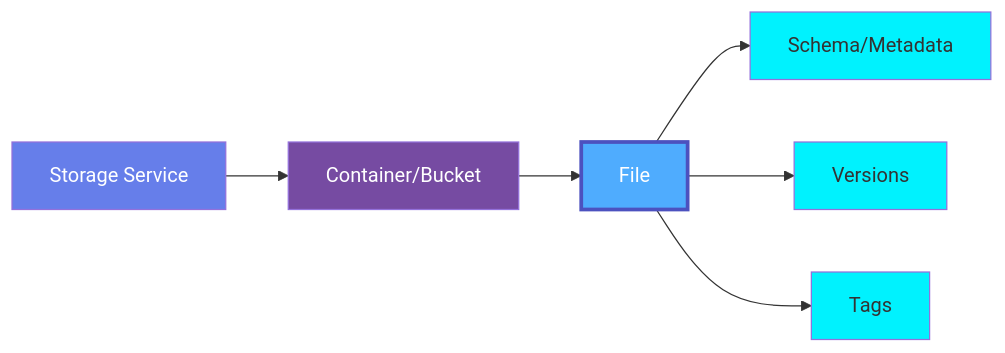
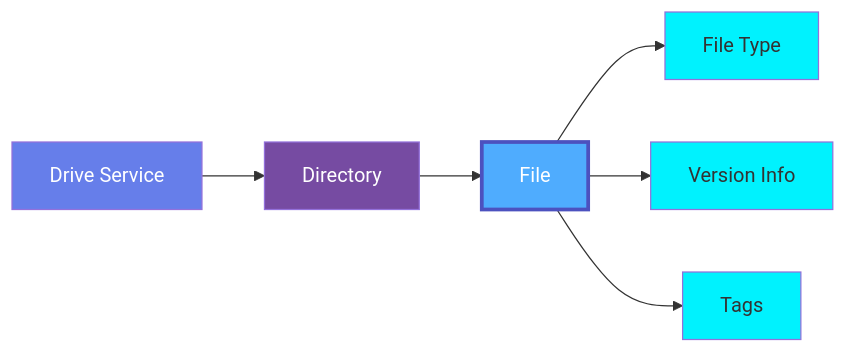
One commit to open-metadata/OpenMetadataStandards changed the first of 2 diagrams in docs/data-assets/storage/file.md. Above: the diagram before and after it, drawn with Mermaid. The commit also changed other lines of this file and 64 other files, not shown here.

````diff
--- a/docs/data-assets/storage/file.md
+++ b/docs/data-assets/storage/file.md
@@ -26,19 +26,19 @@
 ```mermaid
 graph LR
-    A[Storage Service] --> B[Container/Bucket]
+    A[Drive Service] --> B[Directory]
     B --> C[File]
-    C --> D1[Schema/Metadata]
-    C --> D2[Versions]
+    C --> D1[File Type]
+    C --> D2[Version Info]
     C --> D3[Tags]
 
     style A fill:#667eea,color:#fff
     style B fill:#764ba2,color:#fff
     style C fill:#4facfe,color:#fff,stroke:#4c51bf,stroke-width:3px
     style D1 fill:#00f2fe,color:#333
     style D2 fill:#00f2fe,color:#333
     style D3 fill:#00f2fe,color:#333
 
-    click A "./storage-service/" "Storage Service"
-    click B "./container/" "Container"
+    click A "./drive-service/" "Drive Service"
+    click B "./directory/" "Directory"
     click C "#file" "File"
 ```
````
